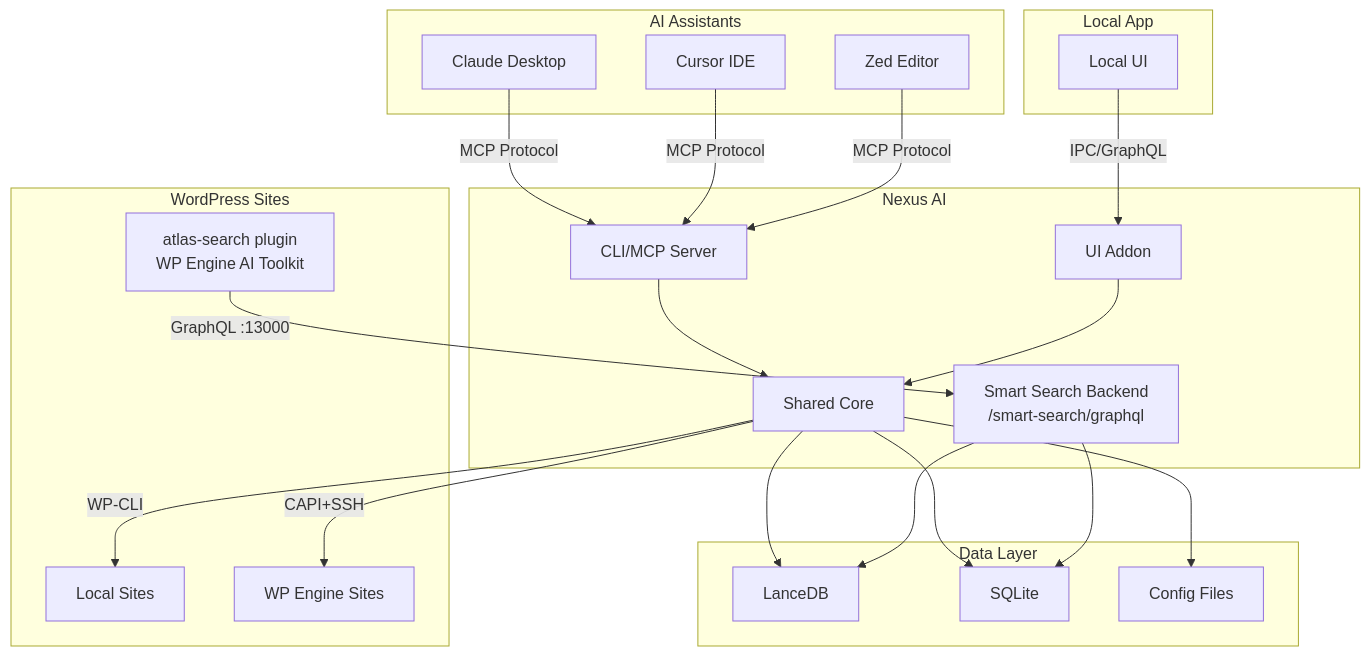
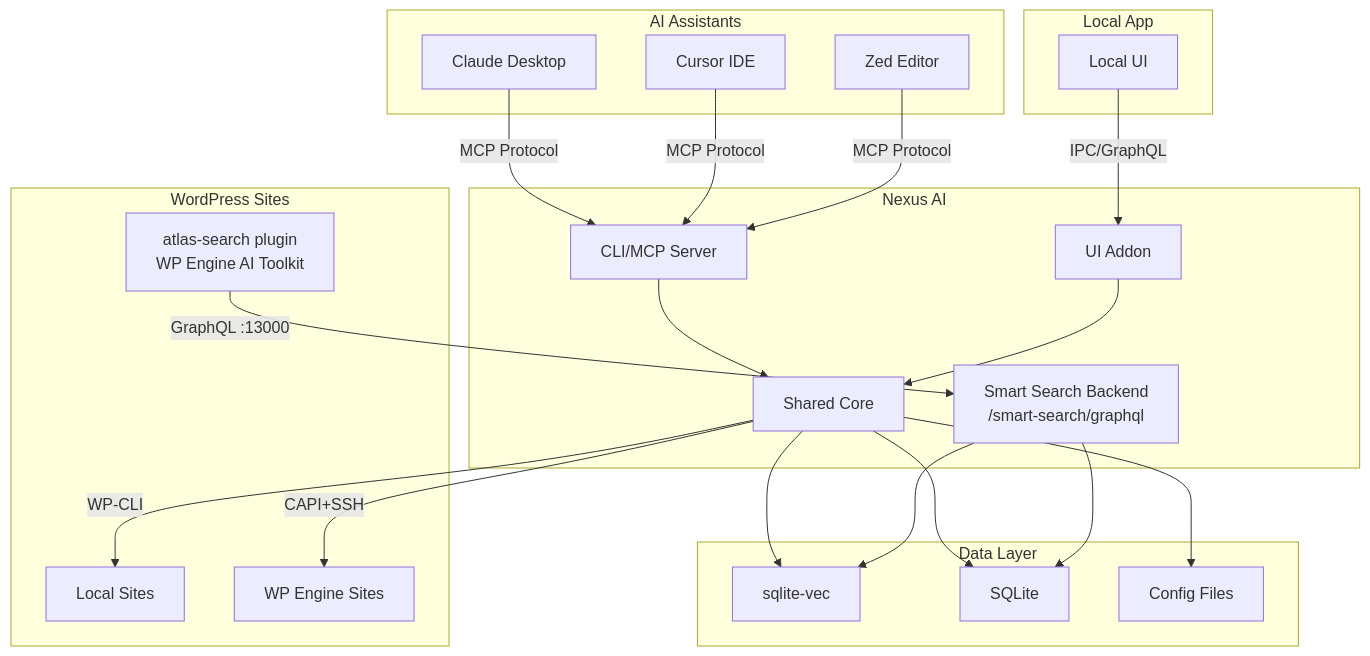
The first of 6 diagrams in docs-site/docs/architecture/overview.md (jpollock/local-addon-nexus-ai), drawn with Mermaid before and after one commit. The commit also changed other lines of this file and 37 other files, not shown here.

First line of the commit message:
docs(site): the truth sweep — sqlite-vec everywhere, real counts, real tabs, ui-quick-start rewritten

````diff
--- a/docs-site/docs/architecture/overview.md
+++ b/docs-site/docs/architecture/overview.md
@@ -13,46 +13,46 @@
 ```mermaid
 graph TB
     subgraph "AI Assistants"
         A1[Claude Desktop]
         A2[Cursor IDE]
         A3[Zed Editor]
     end
 
     subgraph "Local App"
         U1[Local UI]
     end
 
     subgraph "Nexus AI"
         B[CLI/MCP Server]
         C[UI Addon]
         D[Shared Core]
         SS["Smart Search Backend\n/smart-search/graphql"]
     end
 
     subgraph "Data Layer"
-        E[LanceDB]
+        E[sqlite-vec]
         F[SQLite]
         G[Config Files]
     end
 
     subgraph "WordPress Sites"
         H[Local Sites]
         I[WP Engine Sites]
         J["atlas-search plugin\nWP Engine AI Toolkit"]
     end
 
     A1 -->|MCP Protocol| B
     A2 -->|MCP Protocol| B
     A3 -->|MCP Protocol| B
     U1 -->|IPC/GraphQL| C
     B --> D
     C --> D
     D --> E
     D --> F
     D --> G
     D -->|WP-CLI| H
     D -->|CAPI+SSH| I
     J -->|"GraphQL :13000"| SS
     SS --> E
     SS --> F
 ```
````
